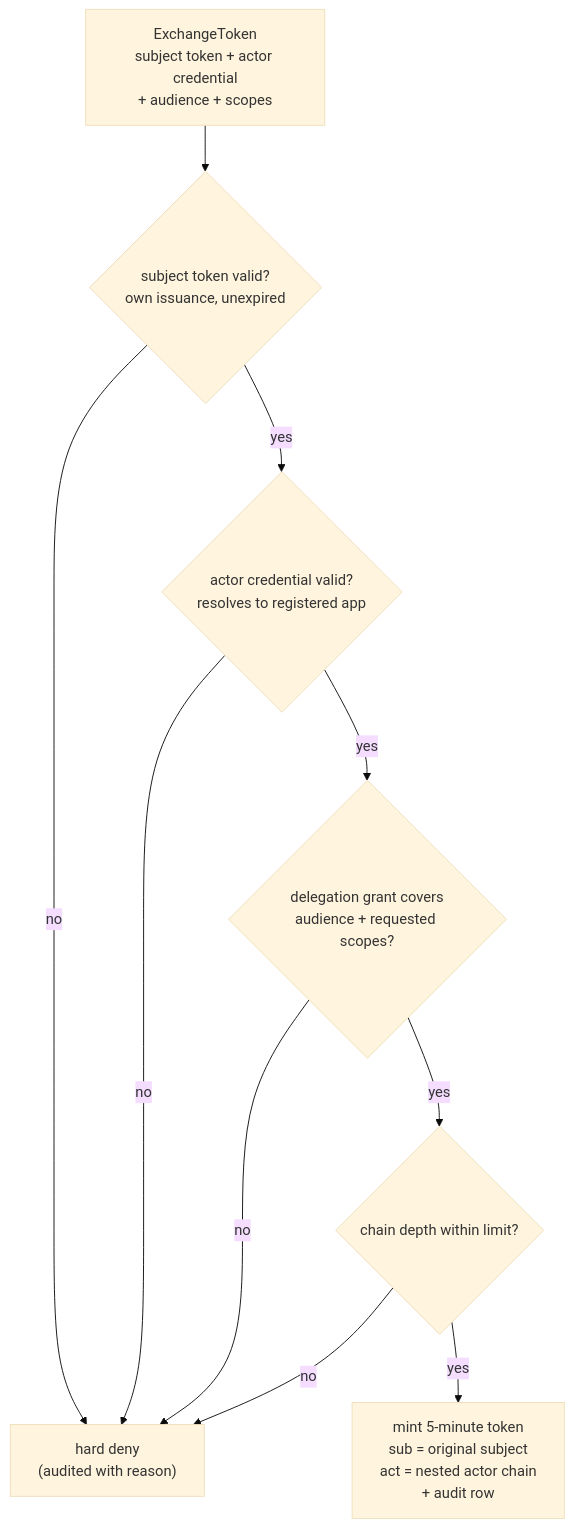
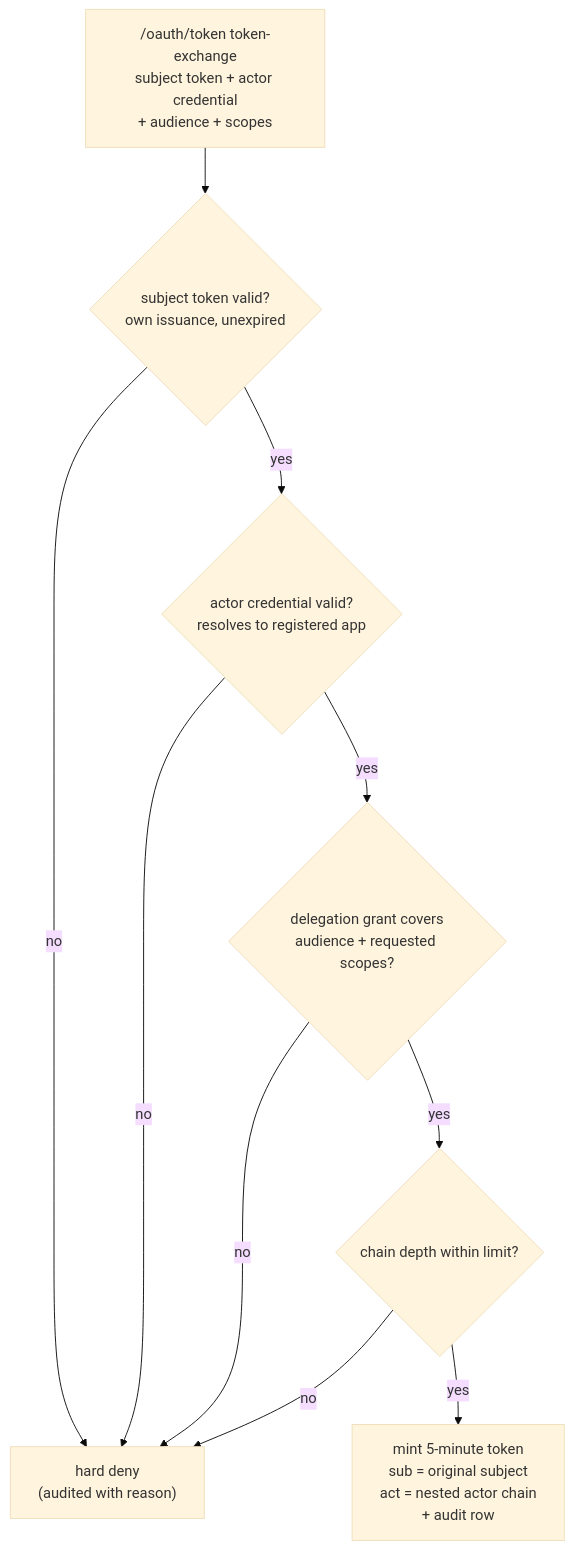
The fifth of 5 diagrams in infra/DESIGN.md (jackm43/rag), drawn with Mermaid (base theme) before and after one commit. The commit also changed other lines of this file and 62 other files, not shown here.

````diff
--- a/infra/DESIGN.md
+++ b/infra/DESIGN.md
@@ -1406,12 +1403,12 @@
 ```mermaid
 flowchart TD
-    REQ["ExchangeToken<br/>subject token + actor credential<br/>+ audience + scopes"] --> S{subject token valid?<br/>own issuance, unexpired}
+    REQ["/oauth/token token-exchange<br/>subject token + actor credential<br/>+ audience + scopes"] --> S{subject token valid?<br/>own issuance, unexpired}
     S -- no --> DENY["hard deny<br/>(audited with reason)"]
     S -- yes --> A{actor credential valid?<br/>resolves to registered app}
     A -- no --> DENY
     A -- yes --> D{delegation grant covers<br/>audience + requested scopes?}
     D -- no --> DENY
     D -- yes --> C{chain depth within limit?}
     C -- no --> DENY
     C -- yes --> MINT["mint 5-minute token<br/>sub = original subject<br/>act = nested actor chain<br/>+ audit row"]
 ```
````
